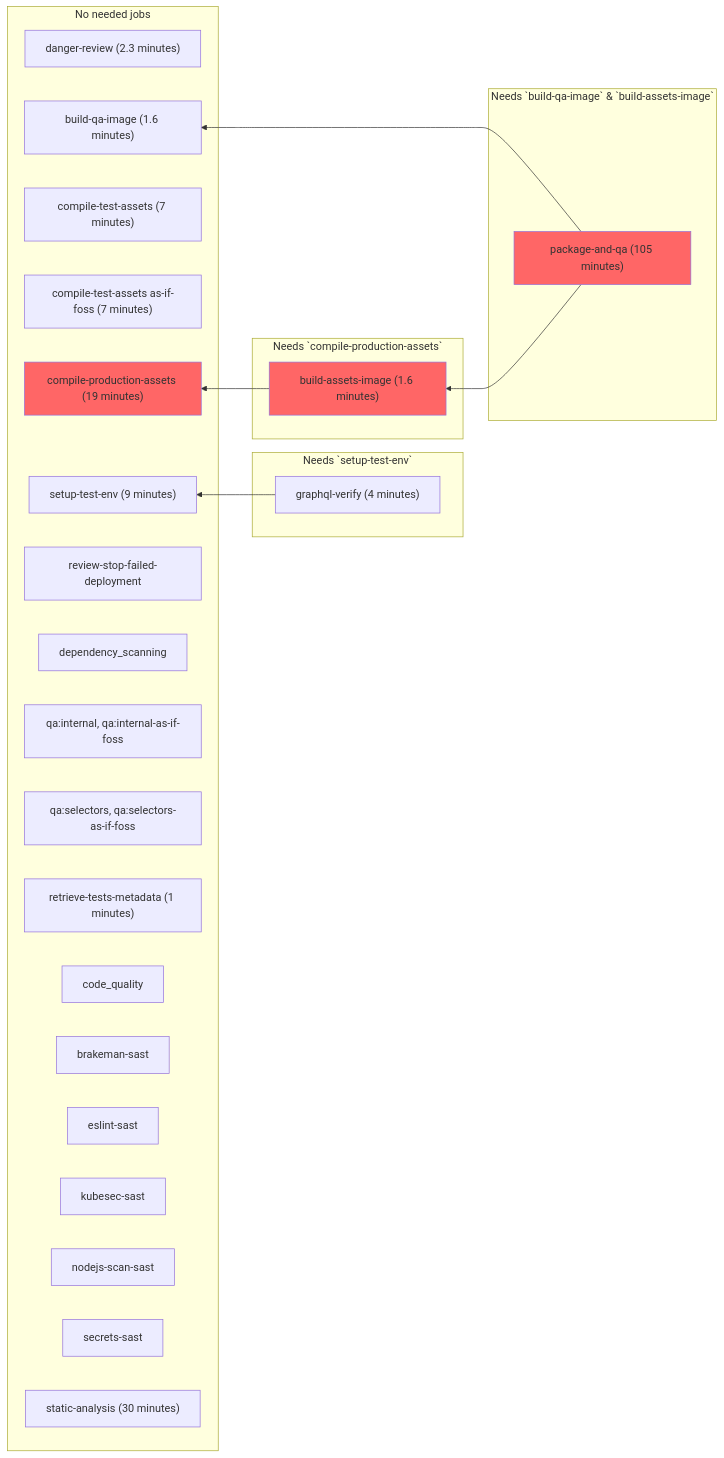
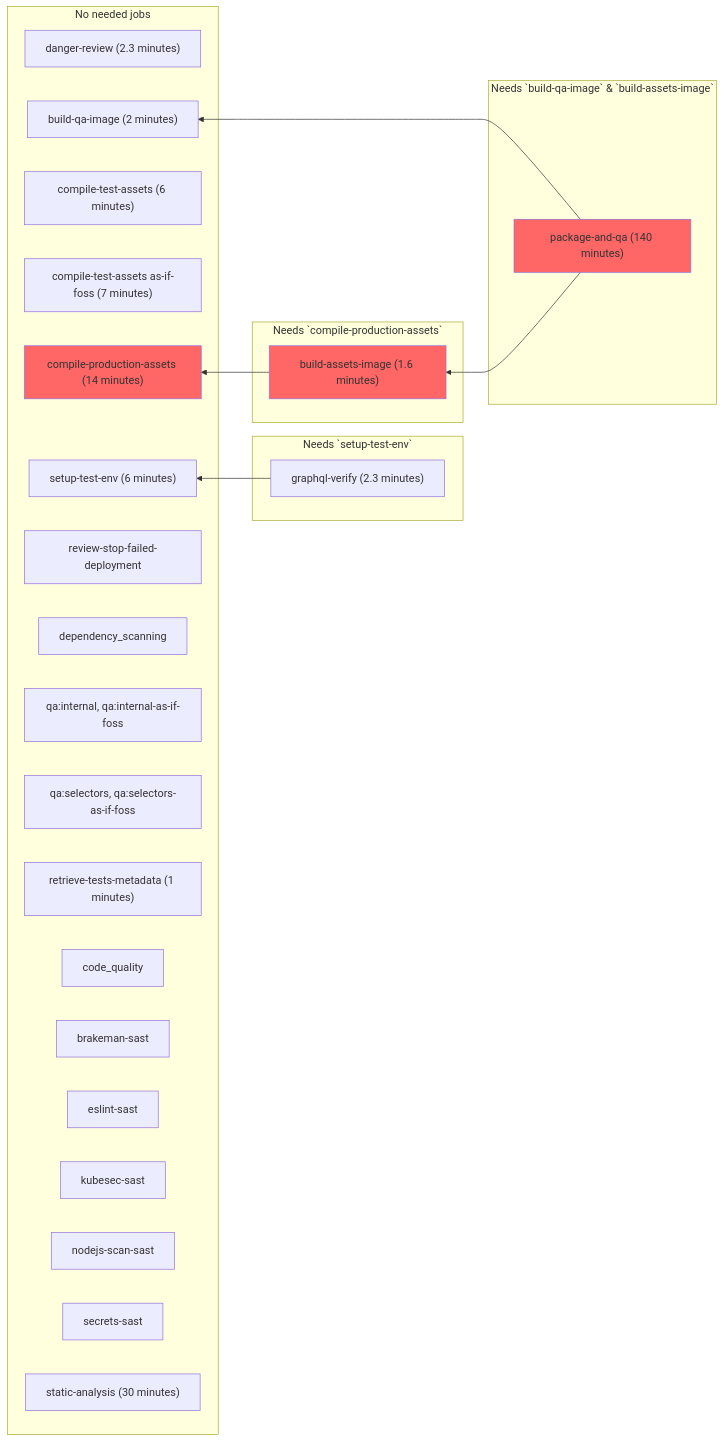
Before and after one commit to mehulagg/gitlab: the fourth of 6 diagrams in doc/development/pipelines.md, drawn with Mermaid. The commit also changed other lines of this file, not shown here.

````diff
--- a/doc/development/pipelines.md
+++ b/doc/development/pipelines.md
@@ -313,54 +310,54 @@
 ```mermaid
 graph RL;
   classDef criticalPath fill:#f66;
 
   subgraph "No needed jobs";
     1-1["danger-review (2.3 minutes)"];
     click 1-1 "https://app.periscopedata.com/app/gitlab/652085/Engineering-Productivity---Pipeline-Build-Durations?widget=8100542&udv=0"
-    1-2["build-qa-image (1.6 minutes)"];
+    1-2["build-qa-image (2 minutes)"];
     click 1-2 "https://app.periscopedata.com/app/gitlab/652085/Engineering-Productivity---Pipeline-Build-Durations?widget=6914325&udv=0"
-    1-3["compile-test-assets (7 minutes)"];
+    1-3["compile-test-assets (6 minutes)"];
     click 1-3 "https://app.periscopedata.com/app/gitlab/652085/Engineering-Productivity---Pipeline-Build-Durations?widget=6914317&udv=0"
     1-4["compile-test-assets as-if-foss (7 minutes)"];
     click 1-4 "https://app.periscopedata.com/app/gitlab/652085/Engineering-Productivity---Pipeline-Build-Durations?widget=8356616&udv=0"
-    1-5["compile-production-assets (19 minutes)"];
+    1-5["compile-production-assets (14 minutes)"];
     click 1-5 "https://app.periscopedata.com/app/gitlab/652085/Engineering-Productivity---Pipeline-Build-Durations?widget=6914312&udv=0"
-    1-6["setup-test-env (9 minutes)"];
+    1-6["setup-test-env (6 minutes)"];
     click 1-6 "https://app.periscopedata.com/app/gitlab/652085/Engineering-Productivity---Pipeline-Build-Durations?widget=6914315&udv=0"
     1-7["review-stop-failed-deployment"];
     1-8["dependency_scanning"];
     1-9["qa:internal, qa:internal-as-if-foss"];
     1-11["qa:selectors, qa:selectors-as-if-foss"];
     1-14["retrieve-tests-metadata (1 minutes)"];
     click 1-14 "https://app.periscopedata.com/app/gitlab/652085/Engineering-Productivity---Pipeline-Build-Durations?widget=8356697&udv=0"
     1-15["code_quality"];
     1-16["brakeman-sast"];
     1-17["eslint-sast"];
     1-18["kubesec-sast"];
     1-19["nodejs-scan-sast"];
     1-20["secrets-sast"];
     1-21["static-analysis (30 minutes)"];
     click 1-21 "https://app.periscopedata.com/app/gitlab/652085/Engineering-Productivity---Pipeline-Build-Durations?widget=6914471&udv=0"
 
     class 1-5 criticalPath;
   end
 
-  2_1-1["graphql-verify (4 minutes)"];
+  2_1-1["graphql-verify (2.3 minutes)"];
   click 2_1-1 "https://app.periscopedata.com/app/gitlab/652085/Engineering-Productivity---Pipeline-Build-Durations?widget=8356715&udv=0"
   subgraph "Needs `setup-test-env`";
     2_1-1 --> 1-6;
   end
 
   2_3-1["build-assets-image (1.6 minutes)"];
   subgraph "Needs `compile-production-assets`";
     2_3-1 --> 1-5
     class 2_3-1 criticalPath;
   end
 
-  2_4-1["package-and-qa (105 minutes)"];
+  2_4-1["package-and-qa (140 minutes)"];
   subgraph "Needs `build-qa-image` & `build-assets-image`";
     2_4-1 --> 1-2 & 2_3-1;
     class 2_4-1 criticalPath;
     click 2_4-1 "https://app.periscopedata.com/app/gitlab/652085/Engineering-Productivity---Pipeline-Build-Durations?widget=6914305&udv=0"
   end
 ```
````
